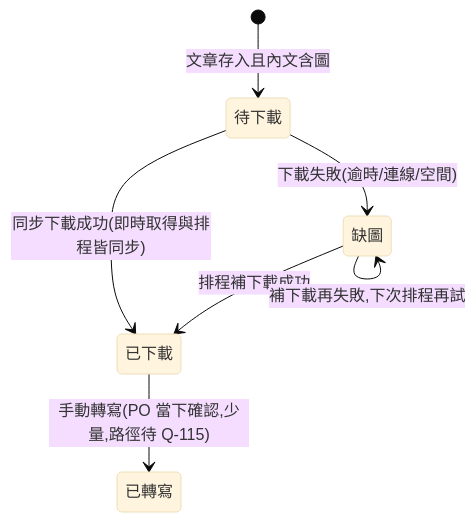
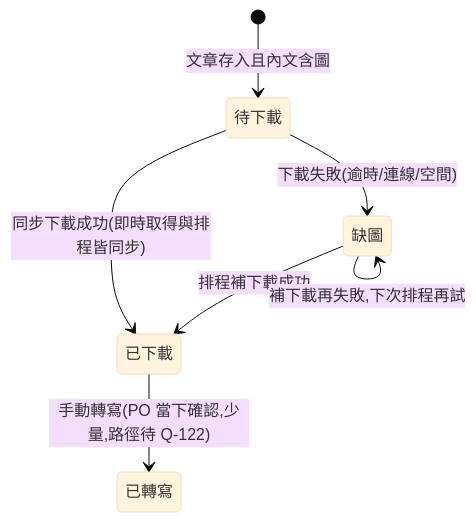
One commit to standerfly/AlphaVibe changed the fourth of 4 diagrams in docs/spec-intake/substack-import/supporting-artifacts/workflow-and-state-model.md. Above: the diagram before and after it, drawn with Mermaid (base theme). The commit also changed other lines of this file and 16 other files, not shown here.

````diff
--- a/docs/spec-intake/substack-import/supporting-artifacts/workflow-and-state-model.md
+++ b/docs/spec-intake/substack-import/supporting-artifacts/workflow-and-state-model.md
@@ -74,9 +74,9 @@
 ```mermaid
 stateDiagram-v2
   [*] --> 待下載: 文章存入且內文含圖
   待下載 --> 已下載: 同步下載成功(即時取得與排程皆同步)
   待下載 --> 缺圖: 下載失敗(逾時/連線/空間)
   缺圖 --> 已下載: 排程補下載成功
   缺圖 --> 缺圖: 補下載再失敗,下次排程再試
-  已下載 --> 已轉寫: 手動轉寫(PO 當下確認,少量,路徑待 Q-115)
+  已下載 --> 已轉寫: 手動轉寫(PO 當下確認,少量,路徑待 Q-122)
 ```
````
